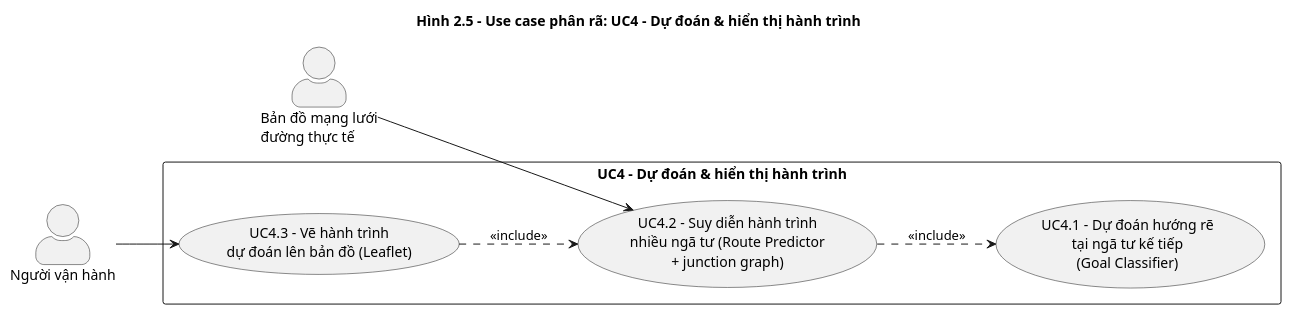
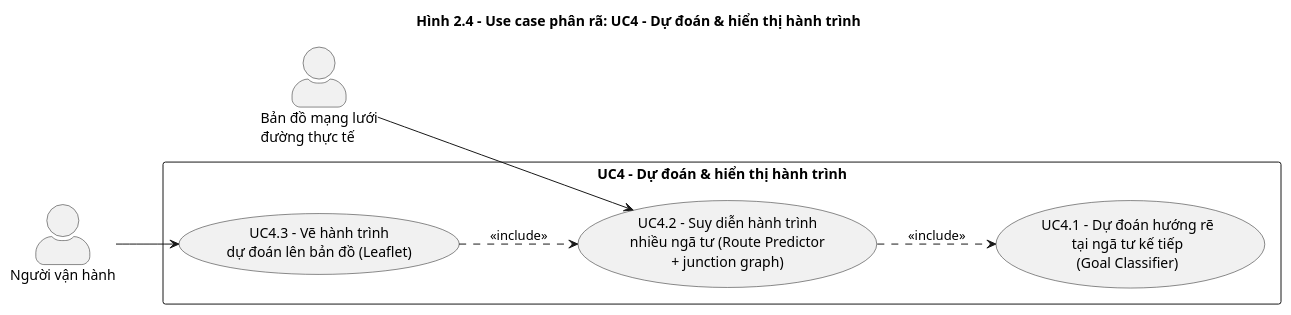
Before and after one commit to KumaMichio/finalproject: the diagram in component_for_final/uml/05_usecase_uc4_hanh_trinh.puml, drawn with PlantUML. The commit also changed 52 other files, not shown here.

Commit message:
update docs and graphs

```diff
--- a/component_for_final/uml/05_usecase_uc4_hanh_trinh.puml
+++ b/component_for_final/uml/05_usecase_uc4_hanh_trinh.puml
@@ -1,22 +1,22 @@
 @startuml usecase_uc4
-' Hình 2.5 - Use case phân rã UC4
+' Hình 2.4 - Use case phân rã UC4
 left to right direction
 skinparam packageStyle rectangle
 skinparam shadowing false
 skinparam actorStyle awesome
-title Hình 2.5 - Use case phân rã: UC4 - Dự đoán & hiển thị hành trình
+title Hình 2.4 - Use case phân rã: UC4 - Dự đoán & hiển thị hành trình
 
 actor "Bản đồ mạng lưới\nđường thực tế" as Map
 actor "Người vận hành" as Operator
 
 rectangle "UC4 - Dự đoán & hiển thị hành trình" {
   usecase "UC4.1 - Dự đoán hướng rẽ\ntại ngã tư kế tiếp\n(Goal Classifier)" as UC41
   usecase "UC4.2 - Suy diễn hành trình\nnhiều ngã tư (Route Predictor\n+ junction graph)" as UC42
   usecase "UC4.3 - Vẽ hành trình\ndự đoán lên bản đồ (Leaflet)" as UC43
 }
 
 Map --> UC42
 Operator --> UC43
 UC42 ..> UC41 : <<include>>
 UC43 ..> UC42 : <<include>>
 @enduml
```
